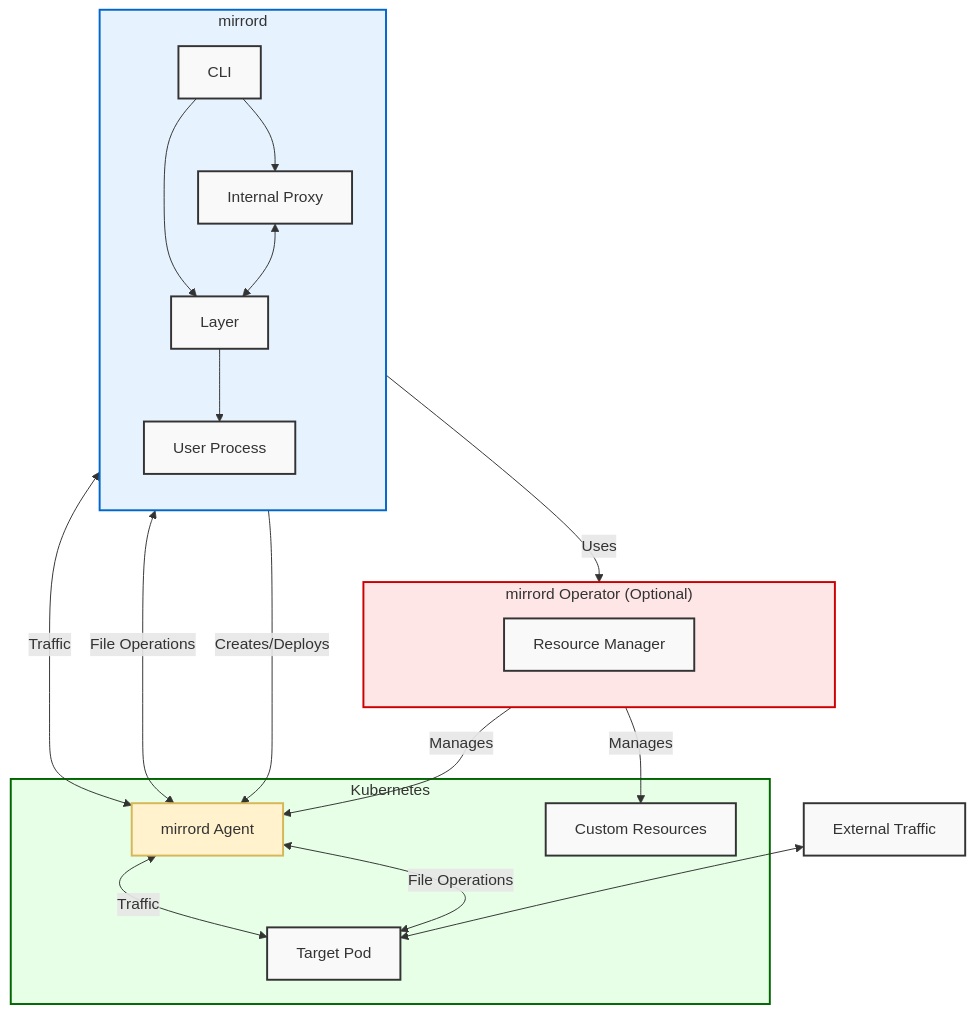
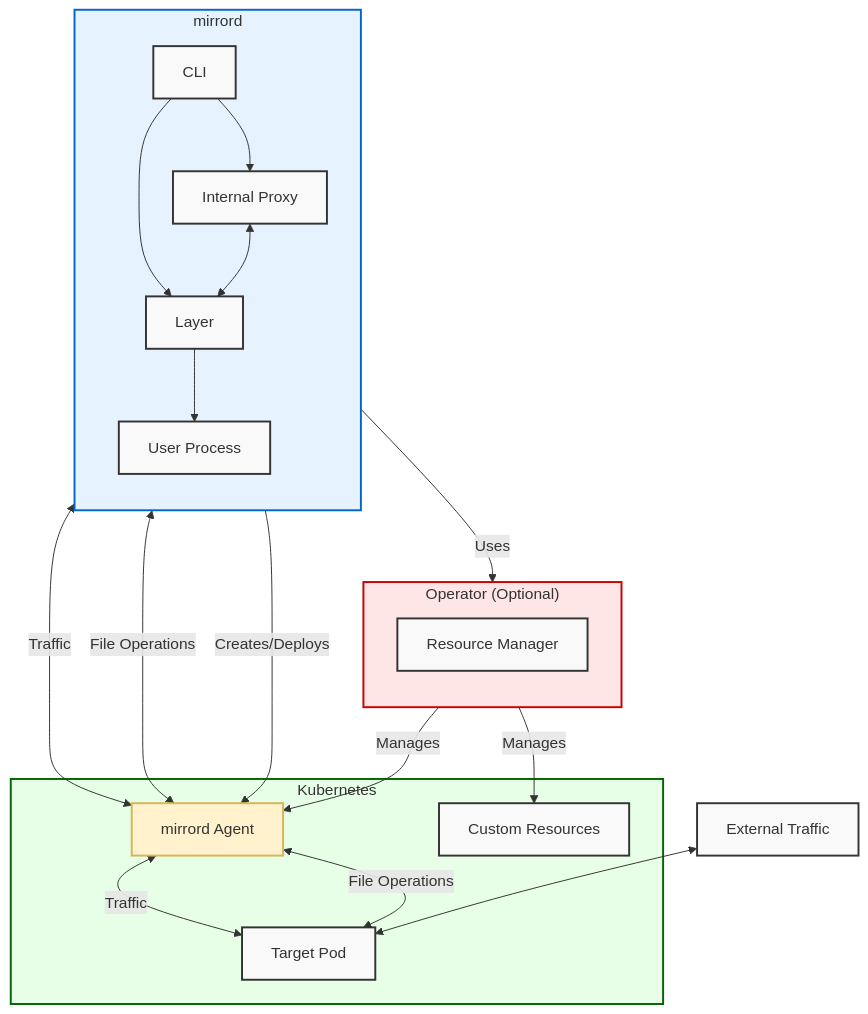
One commit to metalbear-co/mirrord changed the first of 2 diagrams in CONTRIBUTING.md. Above: the diagram before and after it, drawn with Mermaid.

Commit message:
no mirrord operator

````diff
--- a/CONTRIBUTING.md
+++ b/CONTRIBUTING.md
@@ -628,55 +628,51 @@
 ```mermaid
 graph TB
     ExternalTraffic["External Traffic"]
 
     subgraph mirrord["mirrord"]
         direction TB
         CLI["CLI"]
         Layer["Layer"]
         Process["User Process"]
         IntProxy["Internal Proxy"]
 
         CLI --> Layer
         Layer --> Process
         CLI --> IntProxy
         IntProxy <--> Layer
     end
 
     subgraph K8s["Kubernetes"]
         Agent["mirrord Agent"]
         Pod[Target Pod]
         CRDs[Custom Resources]
     end
 
-    subgraph Operator["mirrord Operator (Optional)"]
+    subgraph Operator["Operator (Optional)"]
         direction TB
-        P1[ ]
         Manager["Resource Manager"]
-        P2[ ]
     end
 
     IntProxy <--> |"Traffic"| Agent
     IntProxy <--> |"File Operations"| Agent
     CLI -- "Creates/Deploys" --> Agent
     CLI -- "Uses" --> Operator
 
     Agent <--> |"Traffic"| Pod
     Agent <--> |"File Operations"| Pod
     ExternalTraffic <--> Pod
 
     Operator -- "Manages" --> Agent
     Operator -- "Manages" --> CRDs
 
     classDef default fill:#f9f9f9,stroke:#333,stroke-width:2px
     classDef mirrord fill:#e6f3ff,stroke:#0066cc,stroke-width:2px
     classDef operator fill:#ffe6e6,stroke:#cc0000,stroke-width:2px
     classDef k8s fill:#e6ffe6,stroke:#006600,stroke-width:2px
     classDef agent fill:#fff2cc,stroke:#d6b656,stroke-width:2px
-    classDef padding fill:none,stroke:none
 
     class mirrord mirrord
     class Operator operator
     class K8s k8s
     class Agent agent
-    class P1,P2 padding
 ```
````
